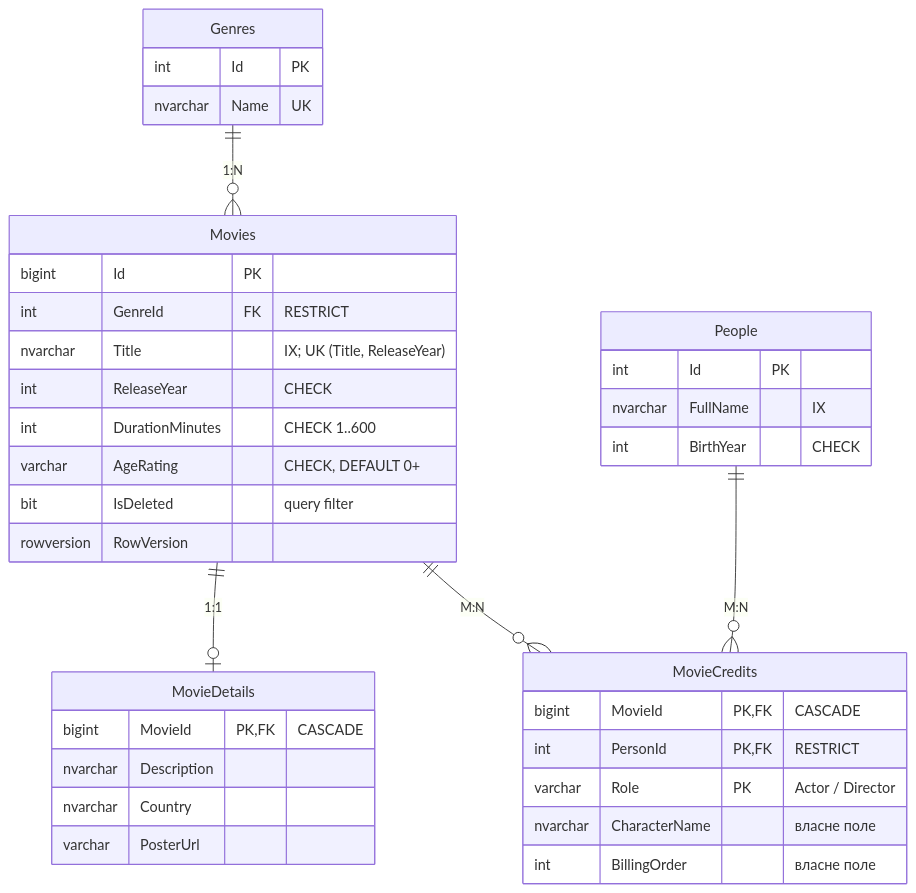
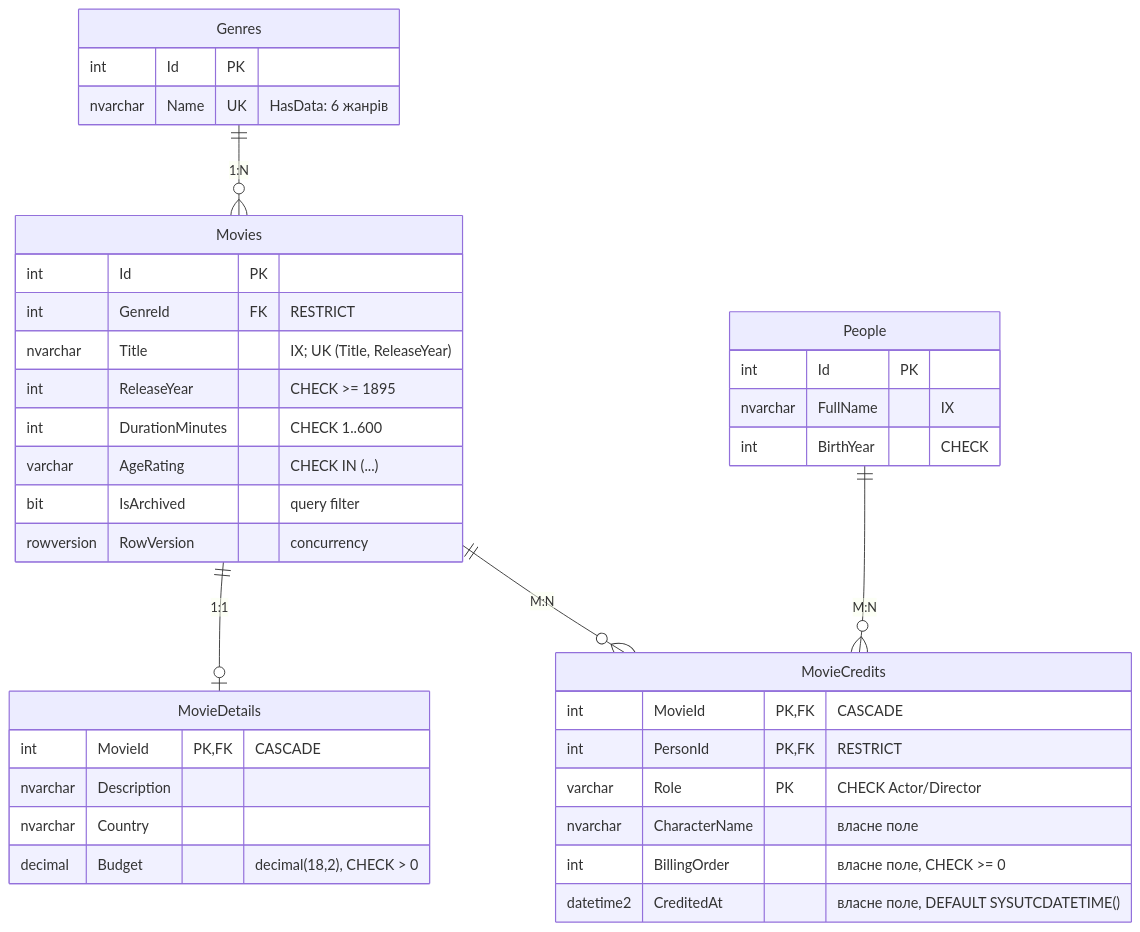
Before and after one commit to ewq-qwe/Cinema: the diagram in docs/03-catalog-db.md, drawn with Mermaid. The commit also changed other lines of this file and 76 other files, not shown here.

````diff
--- a/docs/03-catalog-db.md
+++ b/docs/03-catalog-db.md
@@ -7,40 +10,41 @@
 ```mermaid
 erDiagram
     Genres ||--o{ Movies : "1:N"
     Movies ||--o| MovieDetails : "1:1"
     Movies ||--o{ MovieCredits : "M:N"
     People ||--o{ MovieCredits : "M:N"
 
     Genres {
         int Id PK
-        nvarchar Name UK
+        nvarchar Name UK "HasData: 6 жанрів"
     }
     Movies {
-        bigint Id PK
+        int Id PK
         int GenreId FK "RESTRICT"
         nvarchar Title "IX; UK (Title, ReleaseYear)"
-        int ReleaseYear "CHECK"
+        int ReleaseYear "CHECK >= 1895"
         int DurationMinutes "CHECK 1..600"
-        varchar AgeRating "CHECK, DEFAULT 0+"
-        bit IsDeleted "query filter"
-        rowversion RowVersion
+        varchar AgeRating "CHECK IN (...)"
+        bit IsArchived "query filter"
+        rowversion RowVersion "concurrency"
     }
     MovieDetails {
-        bigint MovieId PK,FK "CASCADE"
+        int MovieId PK,FK "CASCADE"
         nvarchar Description
         nvarchar Country
-        varchar PosterUrl
+        decimal Budget "decimal(18,2), CHECK > 0"
     }
     People {
         int Id PK
         nvarchar FullName "IX"
         int BirthYear "CHECK"
     }
     MovieCredits {
-        bigint MovieId PK,FK "CASCADE"
+        int MovieId PK,FK "CASCADE"
         int PersonId PK,FK "RESTRICT"
-        varchar Role PK "Actor / Director"
+        varchar Role PK "CHECK Actor/Director"
         nvarchar CharacterName "власне поле"
-        int BillingOrder "власне поле"
+        int BillingOrder "власне поле, CHECK >= 0"
+        datetime2 CreditedAt "власне поле, DEFAULT SYSUTCDATETIME()"
     }
 ```
````
